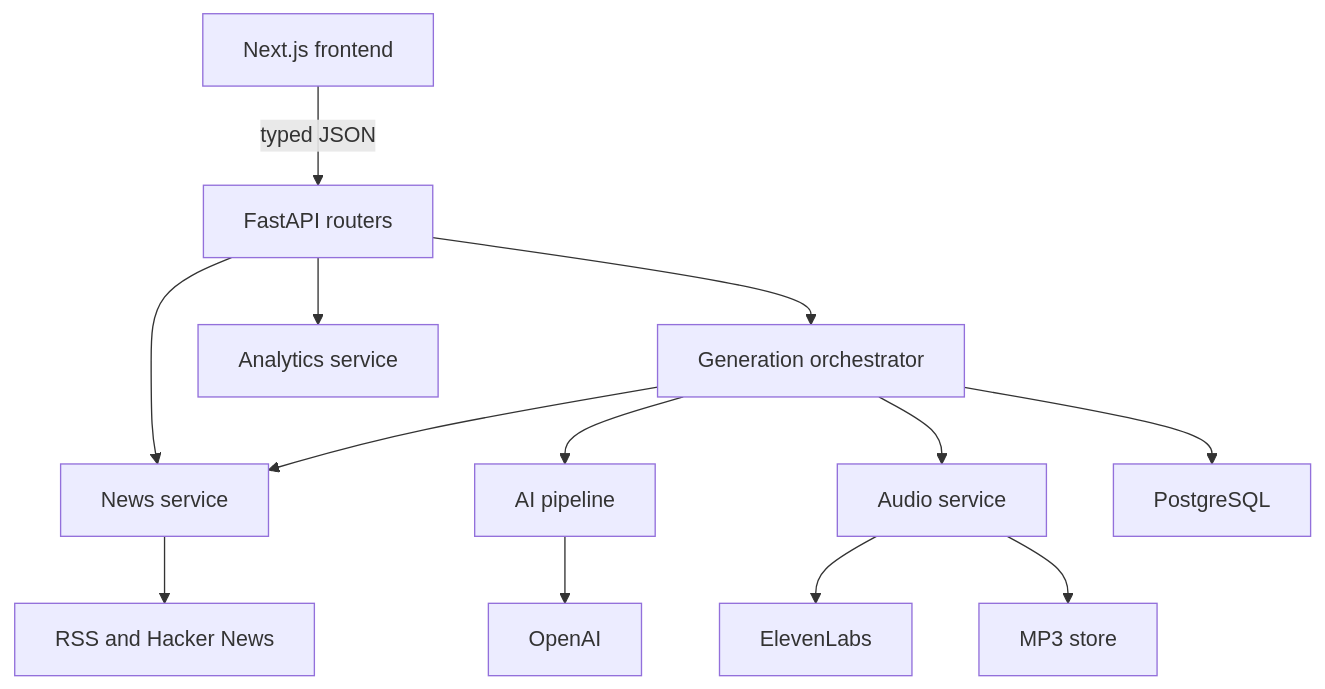
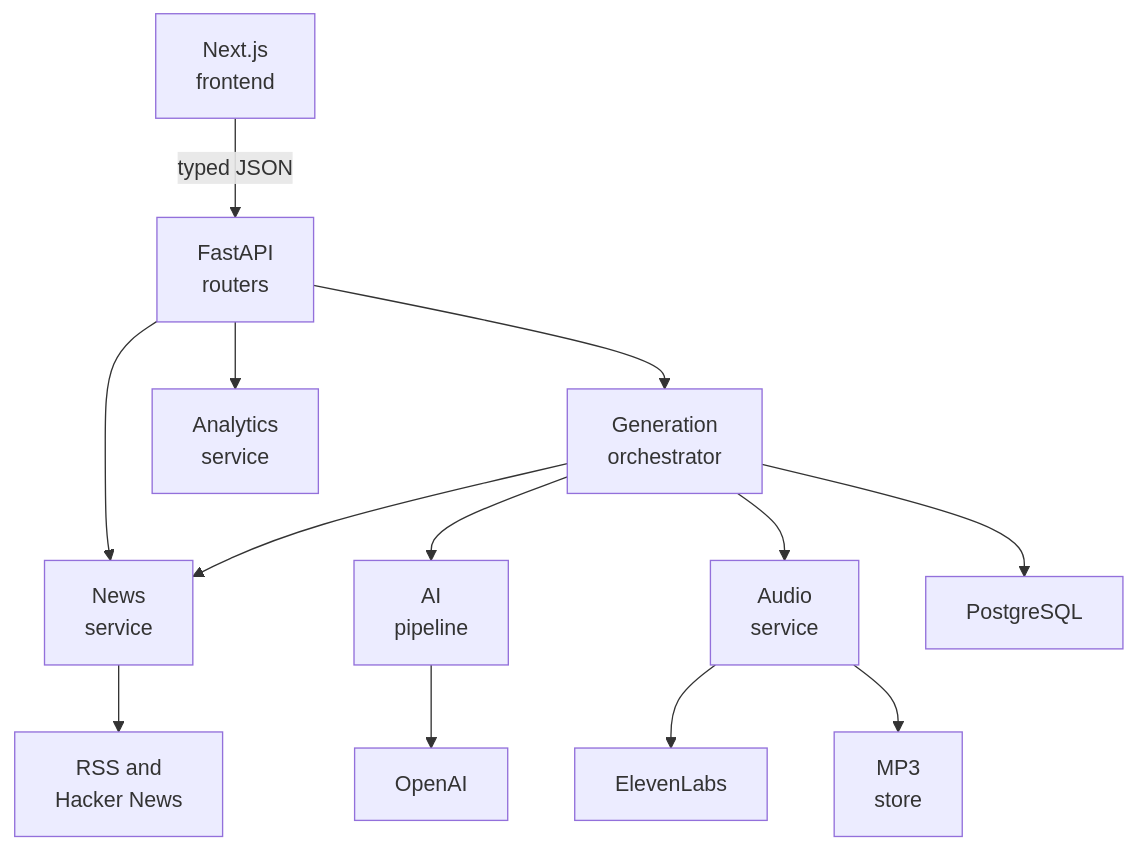
One commit to Miles762/-Hardik-personal-podcast-generator changed the first of 2 diagrams in solution.md. Above: the diagram before and after it, drawn with Mermaid. The commit also changed other lines of this file and 1 other file, not shown here.

Commit message:
Wrap Mermaid diagram labels onto multiple lines so text is not clipped

````diff
--- a/solution.md
+++ b/solution.md
@@ -31,15 +31,15 @@
 ```mermaid
 flowchart TB
-  FE["Next.js frontend"] -->|"typed JSON"| API["FastAPI routers"]
-  API --> NEWS["News service"]
-  API --> GEN["Generation orchestrator"]
-  API --> ANALYTICS["Analytics service"]
+  FE["Next.js<br/>frontend"] -->|"typed JSON"| API["FastAPI<br/>routers"]
+  API --> NEWS["News<br/>service"]
+  API --> GEN["Generation<br/>orchestrator"]
+  API --> ANALYTICS["Analytics<br/>service"]
   GEN --> NEWS
-  GEN --> AI["AI pipeline"]
-  GEN --> AUDIO["Audio service"]
-  NEWS --> Providers["RSS and Hacker News"]
+  GEN --> AI["AI<br/>pipeline"]
+  GEN --> AUDIO["Audio<br/>service"]
+  NEWS --> Providers["RSS and<br/>Hacker News"]
   AI --> OpenAI["OpenAI"]
   AUDIO --> Eleven["ElevenLabs"]
   GEN --> DB["PostgreSQL"]
-  AUDIO --> Store["MP3 store"]
+  AUDIO --> Store["MP3<br/>store"]
 ```
````
